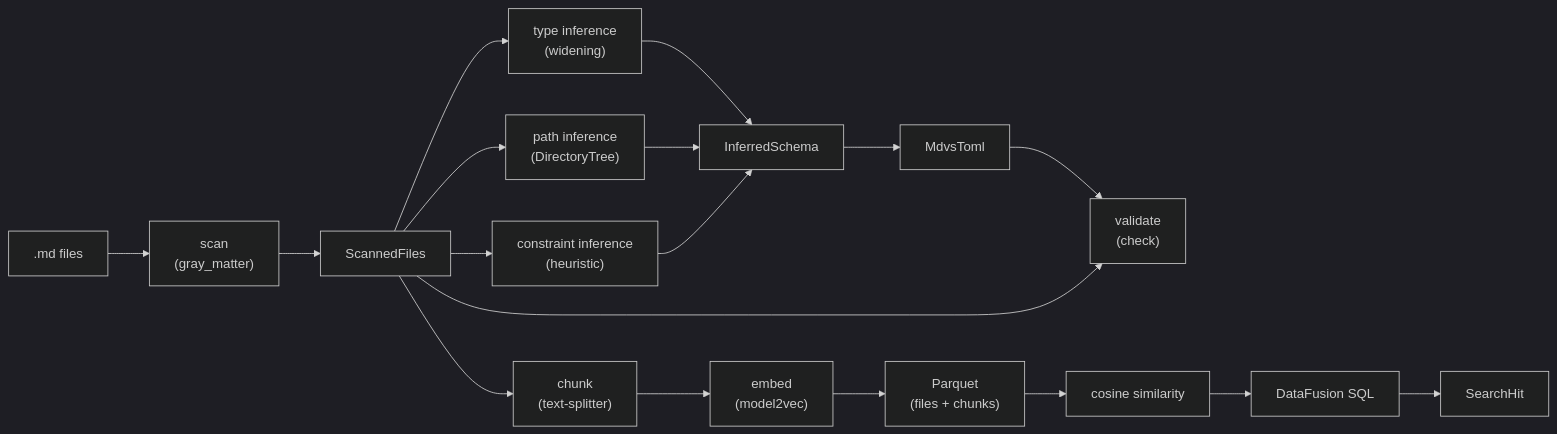
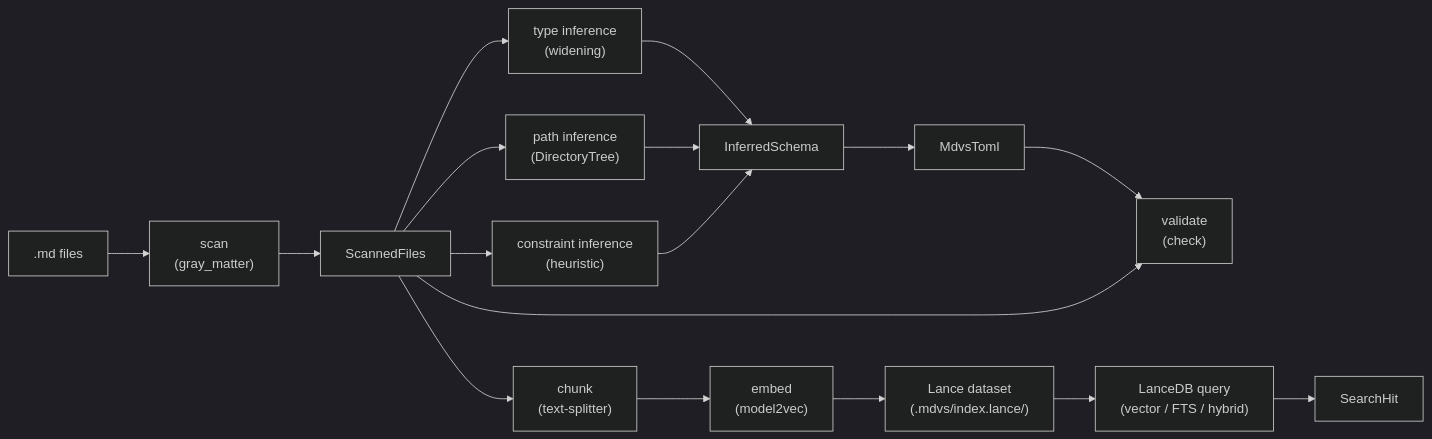
One commit to edochi/mdvs changed the second of 2 diagrams in docs/spec/architecture.md. Above: the diagram before and after it, drawn with Mermaid (dark theme). The commit also changed other lines of this file and 21 other files, not shown here.

````diff
--- a/docs/spec/architecture.md
+++ b/docs/spec/architecture.md
@@ -31,20 +31,19 @@
 ```mermaid
 graph LR
     md[".md files"] --> scan["scan\n(gray_matter)"]
     scan --> sf[ScannedFiles]
     sf --> tinf["type inference\n(widening)"]
     sf --> pinf["path inference\n(DirectoryTree)"]
     sf --> cinf["constraint inference\n(heuristic)"]
     tinf --> schema[InferredSchema]
     pinf --> schema
     cinf --> schema
     schema --> config[MdvsToml]
     config --> validate["validate\n(check)"]
     sf --> validate
     sf --> chunk["chunk\n(text-splitter)"]
     chunk --> embed["embed\n(model2vec)"]
-    embed --> pq["Parquet\n(files + chunks)"]
-    pq --> cosine["cosine similarity"]
-    cosine --> df["DataFusion SQL"]
-    df --> hits[SearchHit]
+    embed --> lance["Lance dataset\n(.mdvs/index.lance/)"]
+    lance --> ldb["LanceDB query\n(vector / FTS / hybrid)"]
+    ldb --> hits[SearchHit]
 ```
````
